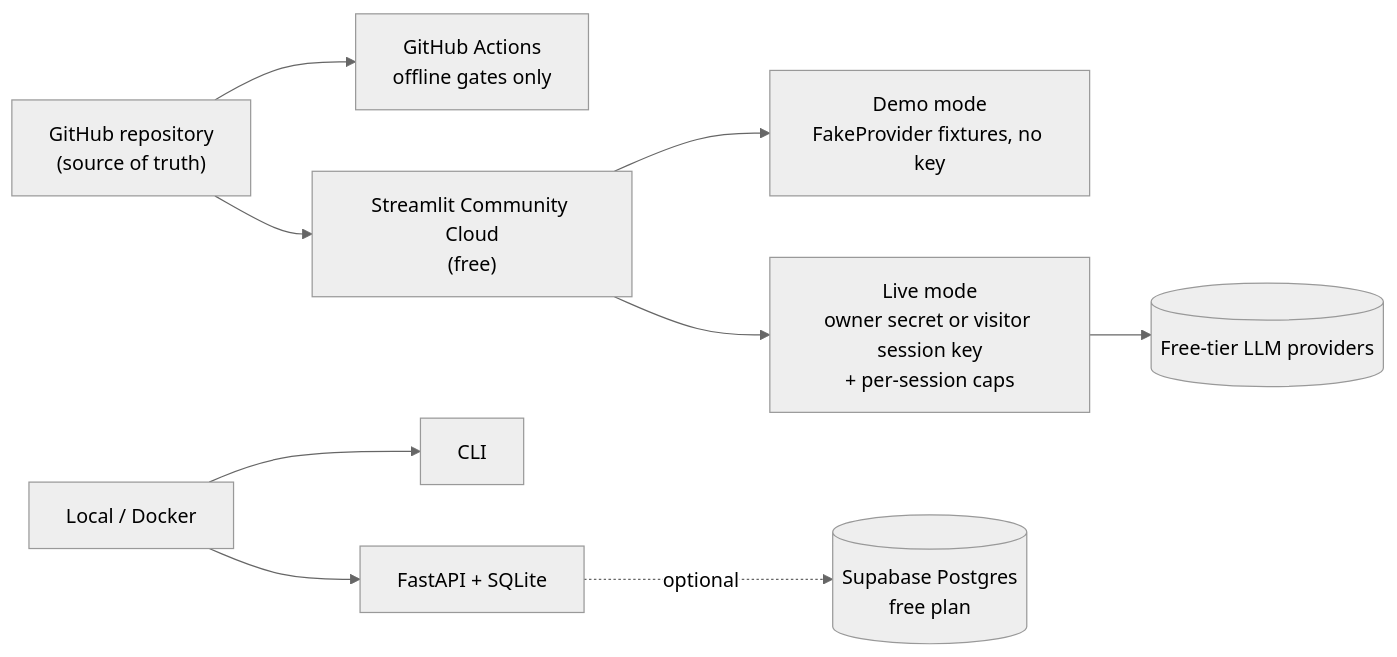
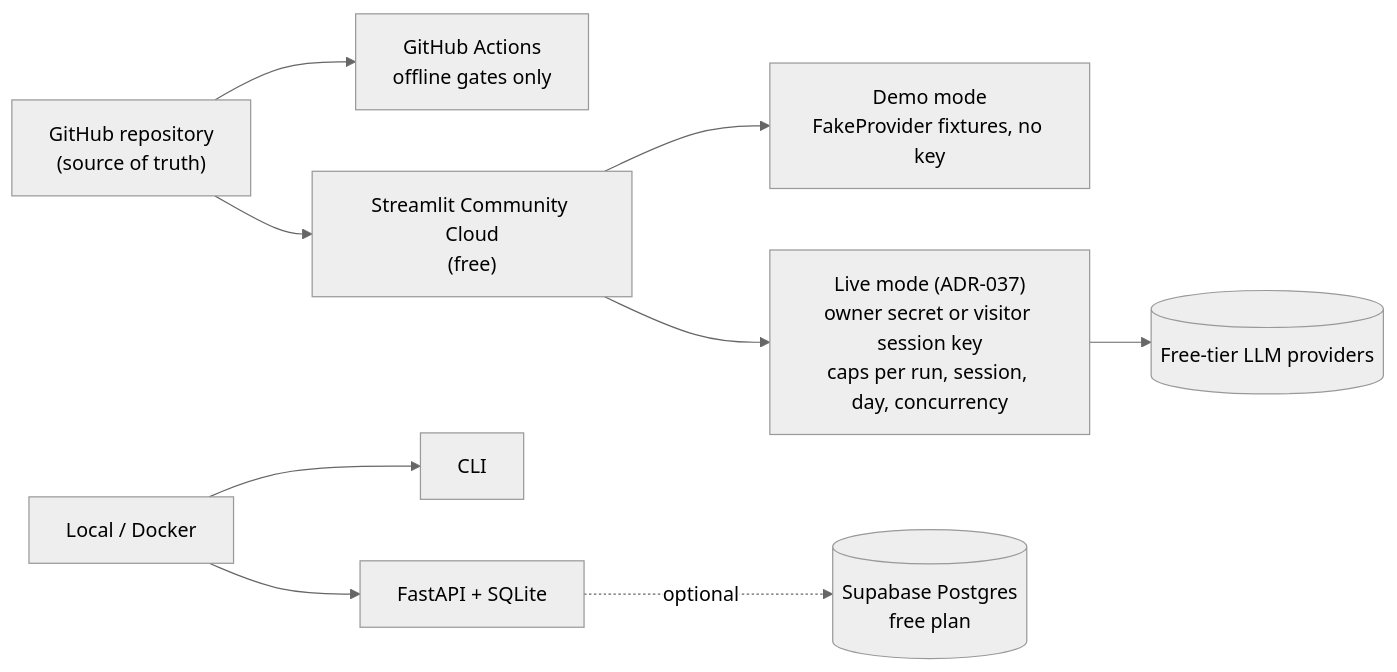
One commit to syed-waleed-ahmed/Multi-Agent-Workflow changed diagram 12 of 12 in docs/ARCHITECTURE.md. Above: the diagram before and after it, drawn with Mermaid (neutral theme). The commit also changed other lines of this file and 7 other files, not shown here.

Commit message:
docs: Session 9 security model, ADR-037, live-mode setup

````diff
--- a/docs/ARCHITECTURE.md
+++ b/docs/ARCHITECTURE.md
@@ -792,11 +793,11 @@
 ```mermaid
 flowchart LR
     GH["GitHub repository<br/>(source of truth)"] --> CI["GitHub Actions<br/>offline gates only"]
     GH --> SCC["Streamlit Community Cloud<br/>(free)"]
     SCC --> DEMO["Demo mode<br/>FakeProvider fixtures, no key"]
-    SCC --> LIVE["Live mode<br/>owner secret or visitor session key<br/>+ per-session caps"]
+    SCC --> LIVE["Live mode (ADR-037)<br/>owner secret or visitor session key<br/>caps per run, session, day, concurrency"]
     LIVE --> LLM2[("Free-tier LLM providers")]
     DEV["Local / Docker"] --> CLI3["CLI"]
     DEV --> API3["FastAPI + SQLite"]
     API3 -.optional.-> SB[("Supabase Postgres<br/>free plan")]
 ```
````
